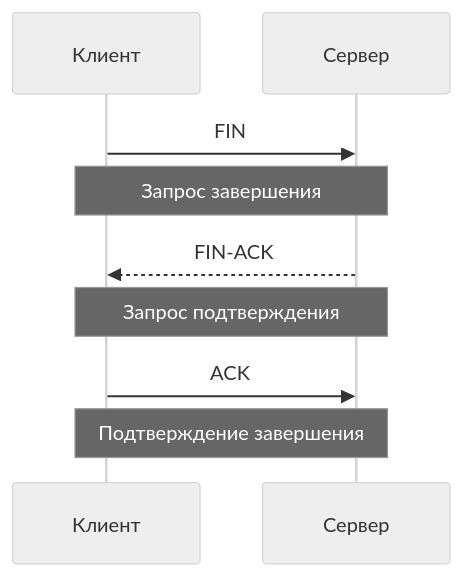
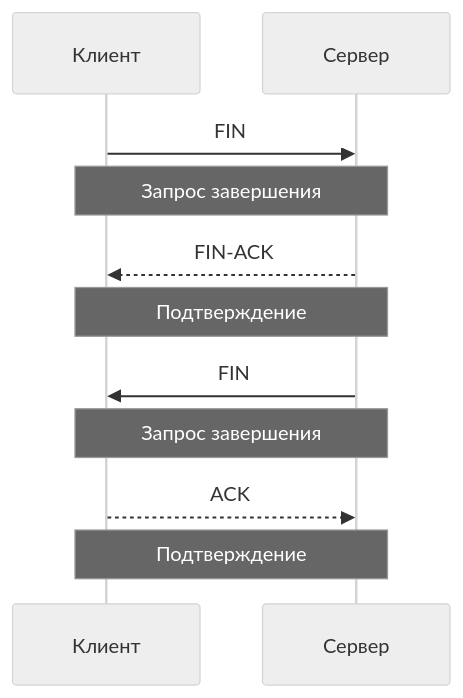
The second of 3 diagrams in 10.foundation/tcp.md (matvasenin/space), drawn with Mermaid (neutral theme) before and after one commit. The commit also changed other lines of this file, not shown here.

````diff
--- a/10.foundation/tcp.md
+++ b/10.foundation/tcp.md
@@ -32,11 +32,13 @@
 ```mermaid
 sequenceDiagram
   participant A as Клиент
   participant B as Сервер
   A->>B: FIN
   Note over A, B: Запрос завершения
   B-->>A: FIN-ACK
-  Note over A, B: Запрос подтверждения
-  A->>B: ACK
-  Note over A, B: Подтверждение завершения
+  Note over A, B: Подтверждение
+  B->>A: FIN
+  Note over A, B: Запрос завершения
+  A-->>B: ACK
+  Note over A, B: Подтверждение
 ```
````
